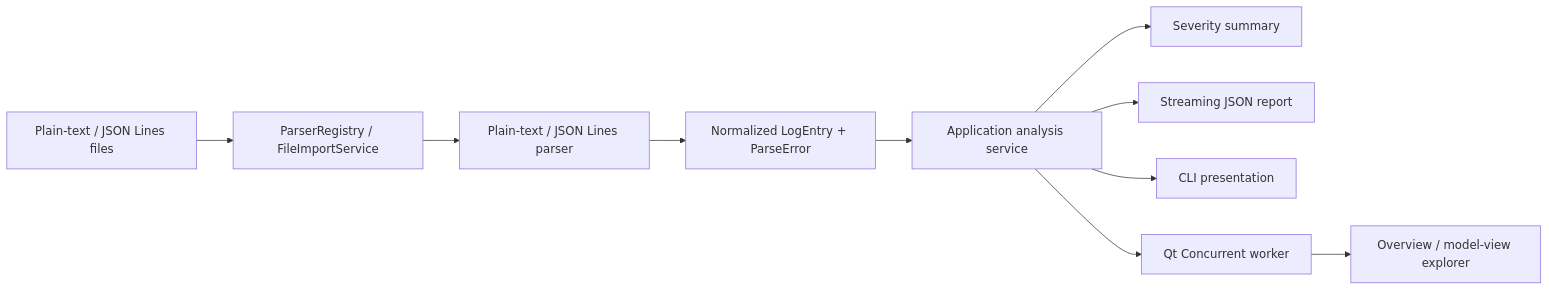
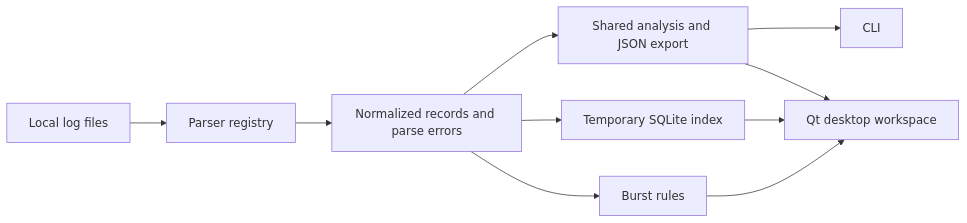
The diagram in README.md (arkcadia/LogInsight), drawn with Mermaid before and after one commit. The commit also changed other lines of this file and 1 other file, not shown here.

Commit message:
docs: refresh LogInsight README and recap screenshot

````diff
--- a/README.md
+++ b/README.md
@@ -251,12 +82,12 @@
 ```mermaid
 flowchart LR
-    Input[Plain-text / JSON Lines files] --> Registry[ParserRegistry / FileImportService]
-    Registry --> Parser[Plain-text / JSON Lines parser]
-    Parser --> Model[Normalized LogEntry + ParseError]
-    Model --> Service[Application analysis service]
-    Service --> Summary[Severity summary]
-    Service --> Report[Streaming JSON report]
-    Service --> CLI[CLI presentation]
-    Service --> Worker[Qt Concurrent worker]
-    Worker --> GUI[Overview / model-view explorer]
+    Files[Local log files] --> Registry[Parser registry]
+    Registry --> Records[Normalized records and parse errors]
+    Records --> Analysis[Shared analysis and JSON export]
+    Analysis --> CLI[CLI]
+    Analysis --> Desktop[Qt desktop workspace]
+    Records --> Index[Temporary SQLite index]
+    Index --> Desktop
+    Records --> Rules[Burst rules]
+    Rules --> Desktop
 ```
````
